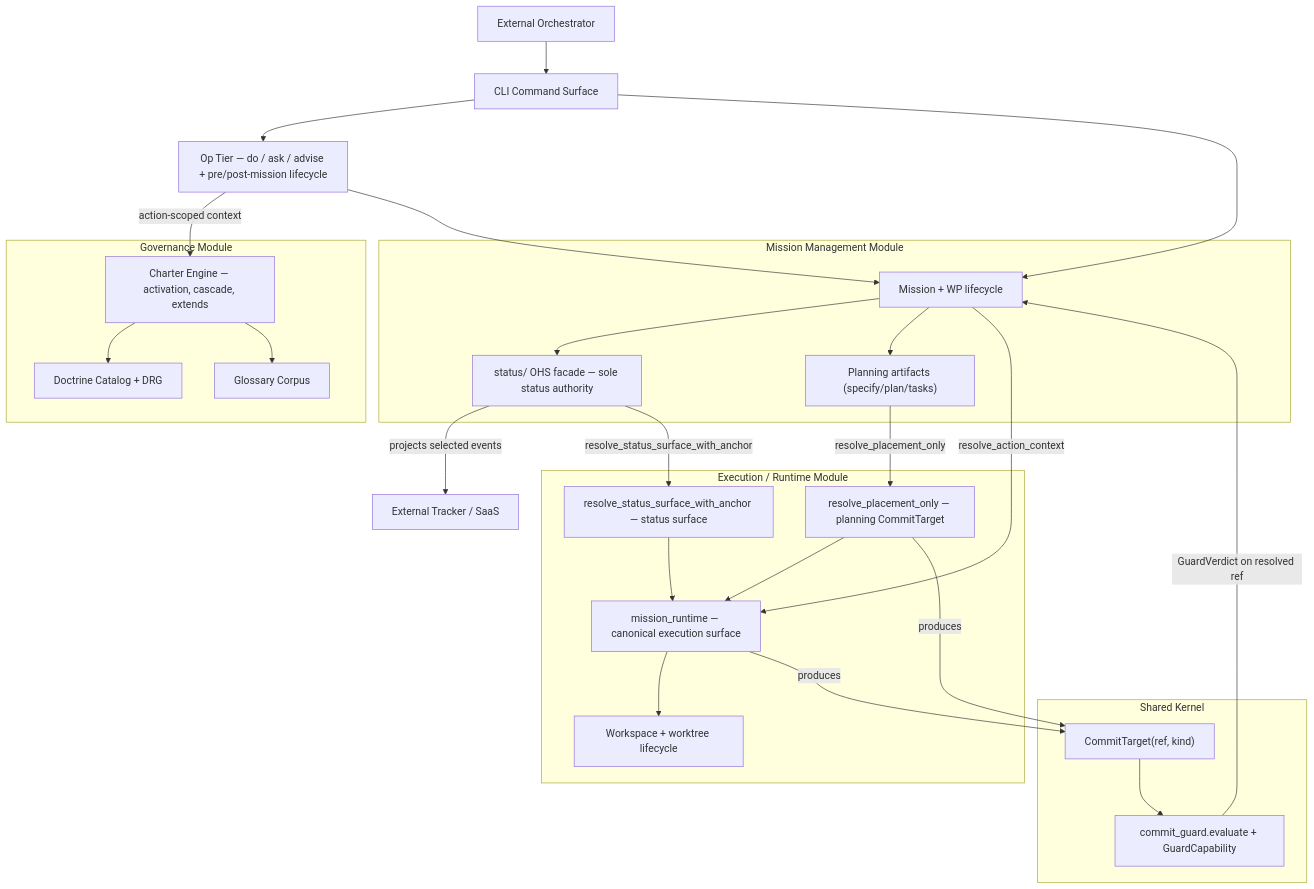
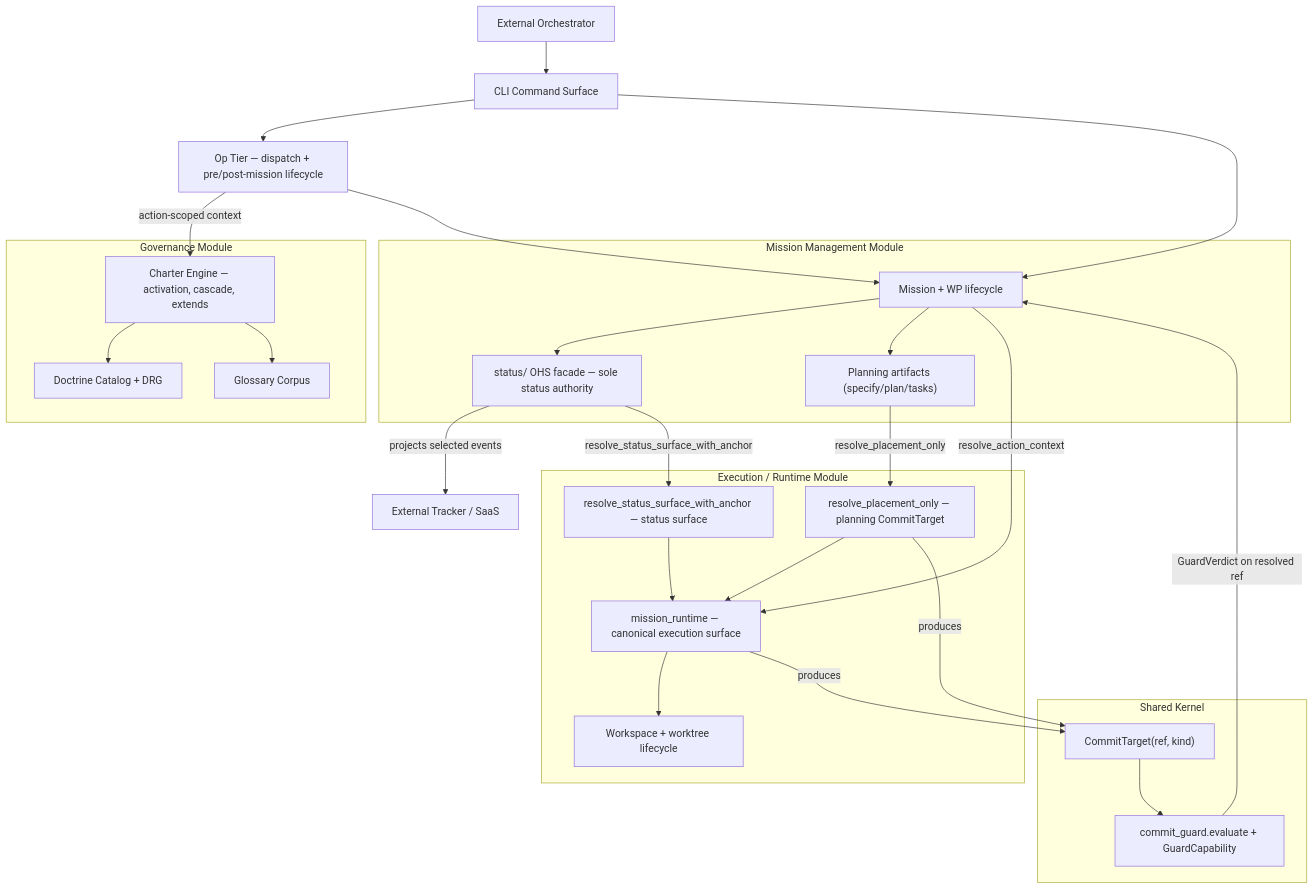
One commit to Priivacy-ai/spec-kitty changed the diagram in architecture/diagrams/02_containers/README.md. Above: the diagram before and after it, drawn with Mermaid. The commit also changed other lines of this file and 76 other files, not shown here.

````diff
--- a/architecture/diagrams/02_containers/README.md
+++ b/architecture/diagrams/02_containers/README.md
@@ -31,55 +31,55 @@
 ```mermaid
 flowchart TB
     cli["CLI Command Surface"]
 
     subgraph Governance["Governance Module"]
       charter["Charter Engine — activation, cascade, extends"]
       doctrine["Doctrine Catalog + DRG"]
       glossary["Glossary Corpus"]
     end
 
     subgraph Mission["Mission Management Module"]
       missionLifecycle["Mission + WP lifecycle"]
       statusFacade["status/ OHS facade — sole status authority"]
       planning["Planning artifacts (specify/plan/tasks)"]
     end
 
     subgraph Execution["Execution / Runtime Module"]
       missionRuntime["mission_runtime — canonical execution surface"]
       placement["resolve_placement_only — planning CommitTarget"]
       surface["resolve_status_surface_with_anchor — status surface"]
       workspace["Workspace + worktree lifecycle"]
     end
 
     subgraph Kernel["Shared Kernel"]
       commitTarget["CommitTarget(ref, kind)"]
       commitGuard["commit_guard.evaluate + GuardCapability"]
     end
 
-    op["Op Tier — do / ask / advise + pre/post-mission lifecycle"]
+    op["Op Tier — dispatch + pre/post-mission lifecycle"]
     orchestrator["External Orchestrator"] --> cli
     extTracker["External Tracker / SaaS"]
 
     cli --> op
     op -->|action-scoped context| charter
     charter --> doctrine
     charter --> glossary
     op --> missionLifecycle
 
     cli --> missionLifecycle
     missionLifecycle --> statusFacade
     missionLifecycle --> planning
     statusFacade -->|projects selected events| extTracker
 
     missionLifecycle -->|resolve_action_context| missionRuntime
     planning -->|resolve_placement_only| placement
     statusFacade -->|resolve_status_surface_with_anchor| surface
     placement --> missionRuntime
     surface --> missionRuntime
     missionRuntime --> workspace
 
     missionRuntime -->|produces| commitTarget
     placement -->|produces| commitTarget
     commitTarget --> commitGuard
     commitGuard -->|GuardVerdict on resolved ref| missionLifecycle
 ```
````
